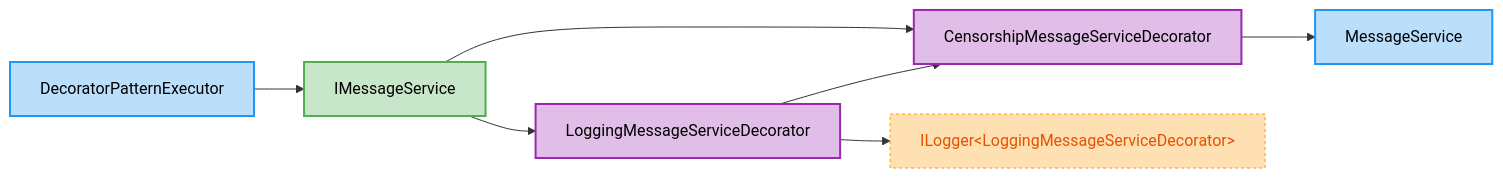
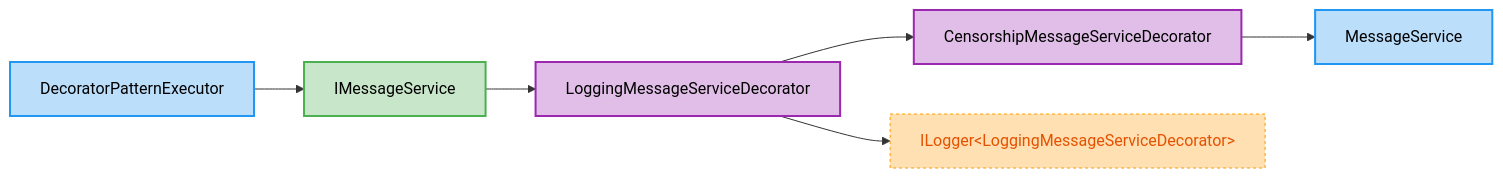
One commit to arika0093/Qudi changed the diagram in examples/Qudi.Example.Readme/exported/DecoratorPatternExecutor.md. Above: the diagram before and after it, drawn with Mermaid. The commit also changed 6 other files, not shown here.

````diff
--- a/examples/Qudi.Example.Readme/exported/DecoratorPatternExecutor.md
+++ b/examples/Qudi.Example.Readme/exported/DecoratorPatternExecutor.md
@@ -1,26 +1,25 @@
 ```mermaid
 flowchart LR
     Qudi_Examples_DecoratorPattern_DecoratorPatternExecutor["DecoratorPatternExecutor"]
     Qudi_Examples_DecoratorPattern_IMessageService["IMessageService"]
     Qudi_Examples_DecoratorPattern_MessageService["MessageService"]
     Qudi_Examples_DecoratorPattern_LoggingMessageServiceDecorator["LoggingMessageServiceDecorator"]
     Qudi_Examples_DecoratorPattern_CensorshipMessageServiceDecorator["CensorshipMessageServiceDecorator"]
     Microsoft_Extensions_Logging_ILogger_Qudi_Examples_DecoratorPattern_LoggingMessageServiceDecorator_["ILogger#lt;LoggingMessageServiceDecorator#gt;"]
     Qudi_Examples_DecoratorPattern_DecoratorPatternExecutor --> Qudi_Examples_DecoratorPattern_IMessageService
     Qudi_Examples_DecoratorPattern_IMessageService --> Qudi_Examples_DecoratorPattern_LoggingMessageServiceDecorator
     Qudi_Examples_DecoratorPattern_LoggingMessageServiceDecorator --> Qudi_Examples_DecoratorPattern_CensorshipMessageServiceDecorator
     Qudi_Examples_DecoratorPattern_LoggingMessageServiceDecorator --> Microsoft_Extensions_Logging_ILogger_Qudi_Examples_DecoratorPattern_LoggingMessageServiceDecorator_
-    Qudi_Examples_DecoratorPattern_IMessageService --> Qudi_Examples_DecoratorPattern_CensorshipMessageServiceDecorator
     Qudi_Examples_DecoratorPattern_CensorshipMessageServiceDecorator --> Qudi_Examples_DecoratorPattern_MessageService
     classDef interface fill:#c8e6c9,stroke:#4caf50,stroke-width:2px,color:#000;
     class Qudi_Examples_DecoratorPattern_IMessageService interface;
     classDef cls fill:#bbdefb,stroke:#2196f3,stroke-width:2px,color:#000;
     class Qudi_Examples_DecoratorPattern_DecoratorPatternExecutor cls;
     class Qudi_Examples_DecoratorPattern_MessageService cls;
     classDef decorator fill:#e1bee7,stroke:#9c27b0,stroke-width:2px,color:#000;
     class Qudi_Examples_DecoratorPattern_LoggingMessageServiceDecorator decorator;
     class Qudi_Examples_DecoratorPattern_CensorshipMessageServiceDecorator decorator;
     classDef external fill:#ffe0b2,stroke:#ff9800,stroke-width:1px,stroke-dasharray:3 3,color:#e65100;
     class Microsoft_Extensions_Logging_ILogger_Qudi_Examples_DecoratorPattern_LoggingMessageServiceDecorator_ external;
 
 ```
````
